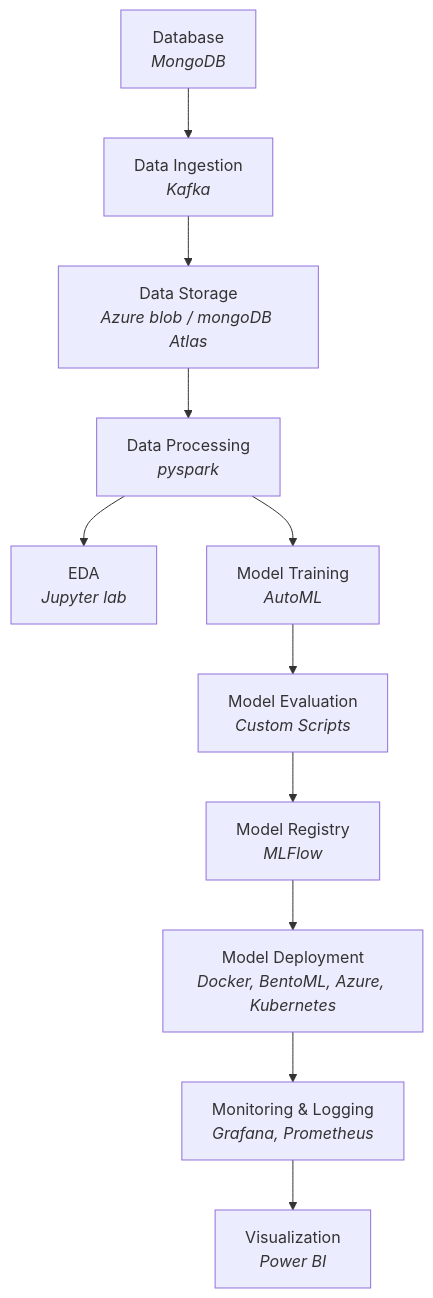
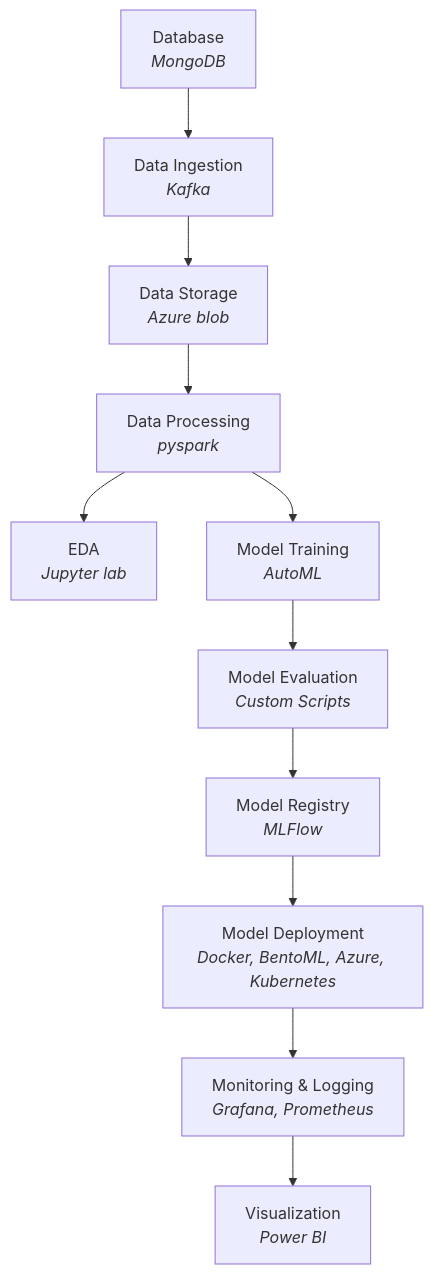
Before and after one commit to lintosunny/Credit-Card-Fraud-Detection-Using-Machine-Learning: the diagram in README.md, drawn with Mermaid.

````diff
--- a/README.md
+++ b/README.md
@@ -17,24 +17,24 @@
 ```mermaid
 flowchart TD
     A["`Database
     _MongoDB_`"] --> B["`Data Ingestion
     _Kafka_`"]
     B --> C["`Data Storage
-    _Azure blob / mongoDB Atlas_`"]
+    _Azure blob_`"]
     C --> D["`Data Processing
     _pyspark_`"]
     D --> E["`EDA
     _Jupyter lab_`"]
     D --> F["`Model Training
     _AutoML_`"]
     F --> G["`Model Evaluation
     _Custom Scripts_`"]
     G --> H["`Model Registry
     _MLFlow_`"]
     H --> I["`Model Deployment
     _Docker, BentoML, Azure, Kubernetes_`"]
     I --> J["`Monitoring & Logging
     _Grafana, Prometheus_`"]
     J --> K["`Visualization
     _Power BI_`"]
 ```
````
